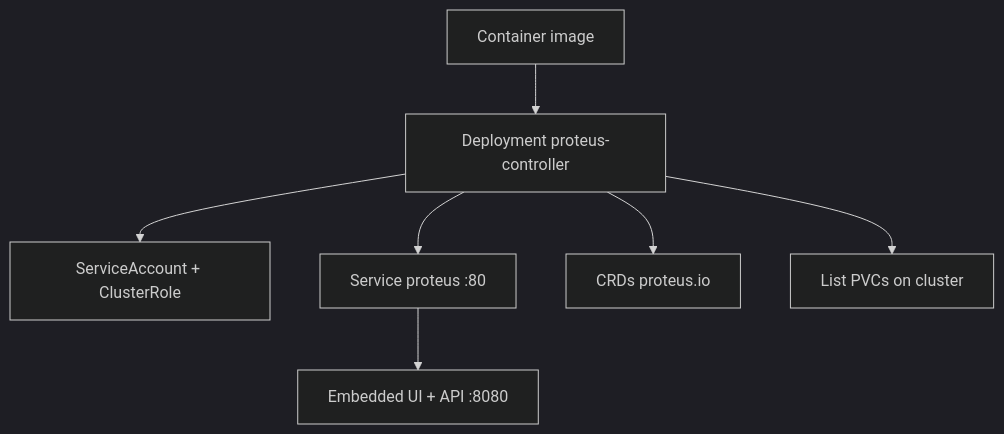
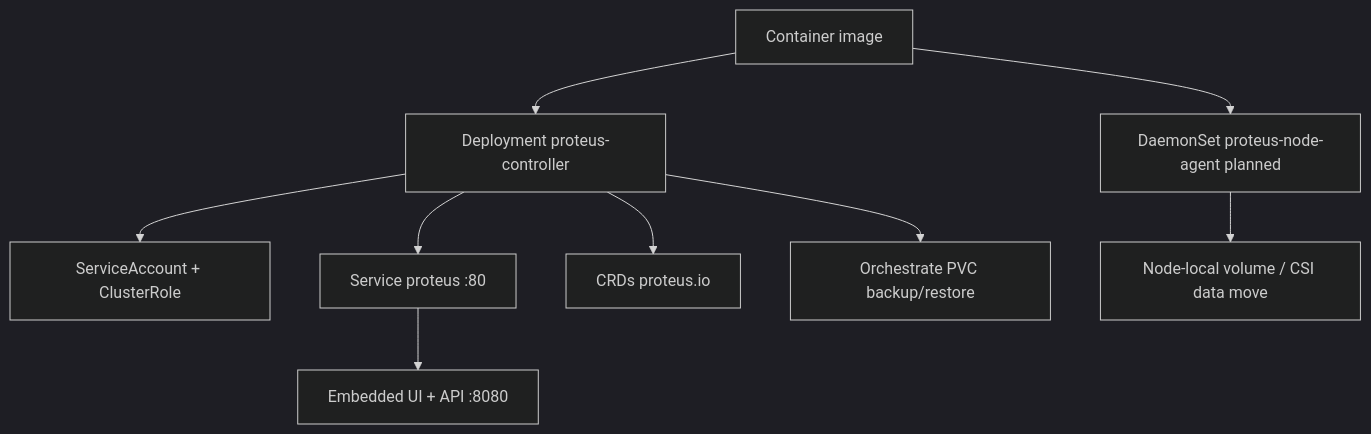
The diagram in aidd_docs/memory/deployment.md (CraftingTech/proteus), drawn with Mermaid (dark theme) before and after one commit. The commit also changed other lines of this file and 3 other files, not shown here.

First line of the commit message:
docs(adr): accept production data plane (node-agent + CSI) (#67)

````diff
--- a/aidd_docs/memory/deployment.md
+++ b/aidd_docs/memory/deployment.md
@@ -14,9 +14,11 @@
 ```mermaid
 flowchart TD
   IMG[Container image] --> DEP[Deployment proteus-controller]
+  IMG --> DS[DaemonSet proteus-node-agent planned]
   DEP --> SA[ServiceAccount + ClusterRole]
   DEP --> SVC[Service proteus :80]
   SVC --> UI[Embedded UI + API :8080]
   DEP --> CRD[CRDs proteus.io]
-  DEP --> PVC[List PVCs on cluster]
+  DEP --> PVC[Orchestrate PVC backup/restore]
+  DS --> VOL[Node-local volume / CSI data move]
 ```
````
